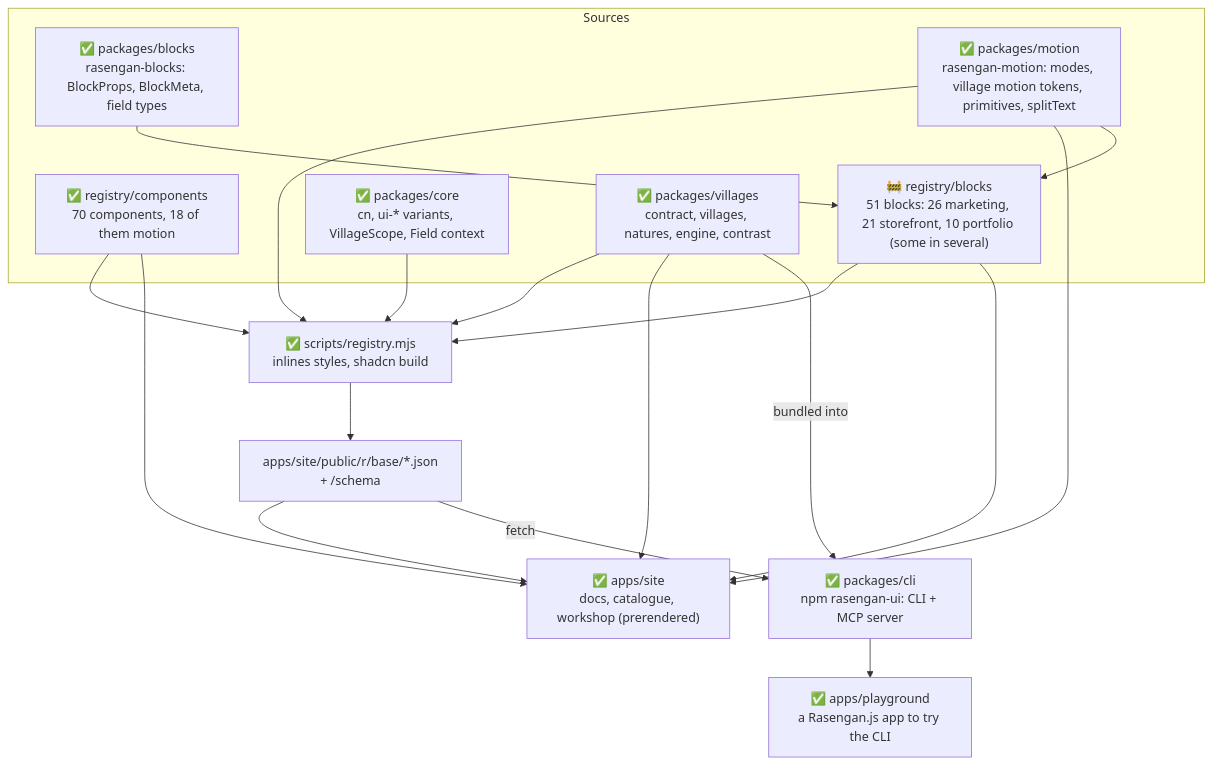
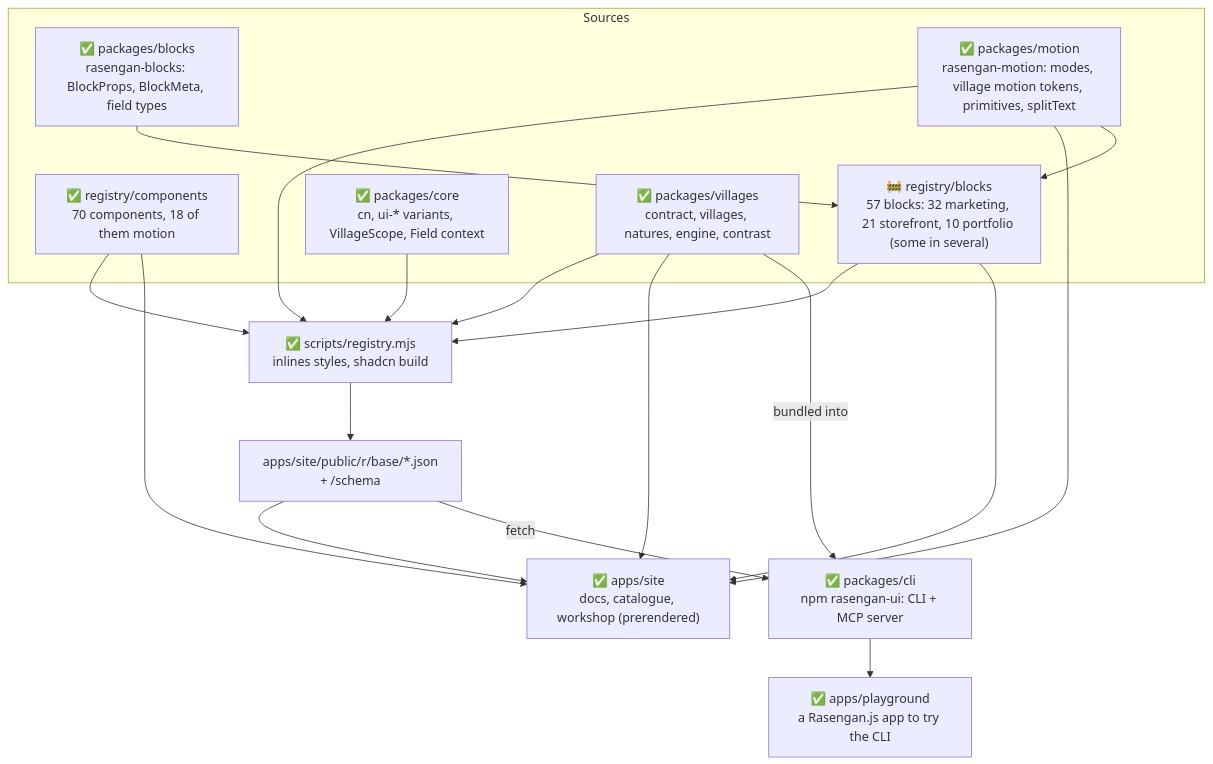
One commit to rasengan-dev/rasengan-ui changed the second of 5 diagrams in docs/architecture.md. Above: the diagram before and after it, drawn with Mermaid. The commit also changed other lines of this file and 51 other files, not shown here.

````diff
--- a/docs/architecture.md
+++ b/docs/architecture.md
@@ -41,34 +41,34 @@
 ```mermaid
 flowchart TB
   subgraph source[Sources]
     comps["✅ registry/components<br/>70 components, 18 of them motion"]
-    blocks["🚧 registry/blocks<br/>51 blocks: 26 marketing, 21 storefront, 10 portfolio (some in several)"]
+    blocks["🚧 registry/blocks<br/>57 blocks: 32 marketing, 21 storefront, 10 portfolio (some in several)"]
     blockslib["✅ packages/blocks<br/>rasengan-blocks: BlockProps, BlockMeta, field types"]
     core["✅ packages/core<br/>cn, ui-* variants, VillageScope, Field context"]
     villages["✅ packages/villages<br/>contract, villages, natures, engine, contrast"]
     motion["✅ packages/motion<br/>rasengan-motion: modes, village motion tokens, primitives, splitText"]
   end
 
   build["✅ scripts/registry.mjs<br/>inlines styles, shadcn build"]
   public["apps/site/public/r/base/*.json<br/>+ /schema"]
   site["✅ apps/site<br/>docs, catalogue, workshop (prerendered)"]
   cli["✅ packages/cli<br/>npm rasengan-ui: CLI + MCP server"]
   play["✅ apps/playground<br/>a Rasengan.js app to try the CLI"]
 
   comps --> build
   core --> build
   villages --> build
   build --> public
   public --> site
   villages --> site
   comps --> site
   public -- fetch --> cli
   villages -- bundled into --> cli
   cli --> play
   motion --> build
   motion --> site
   motion --> blocks
   blockslib --> blocks
   blocks --> build
   blocks --> site
 ```
````
